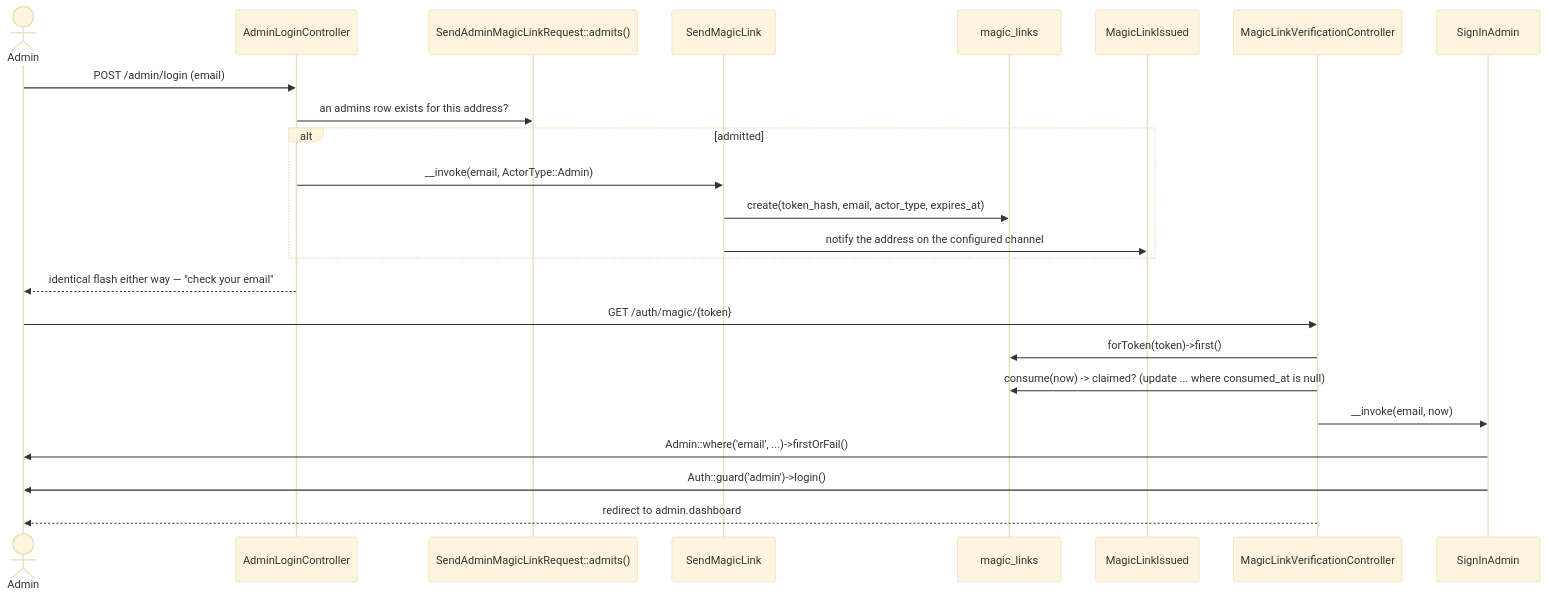
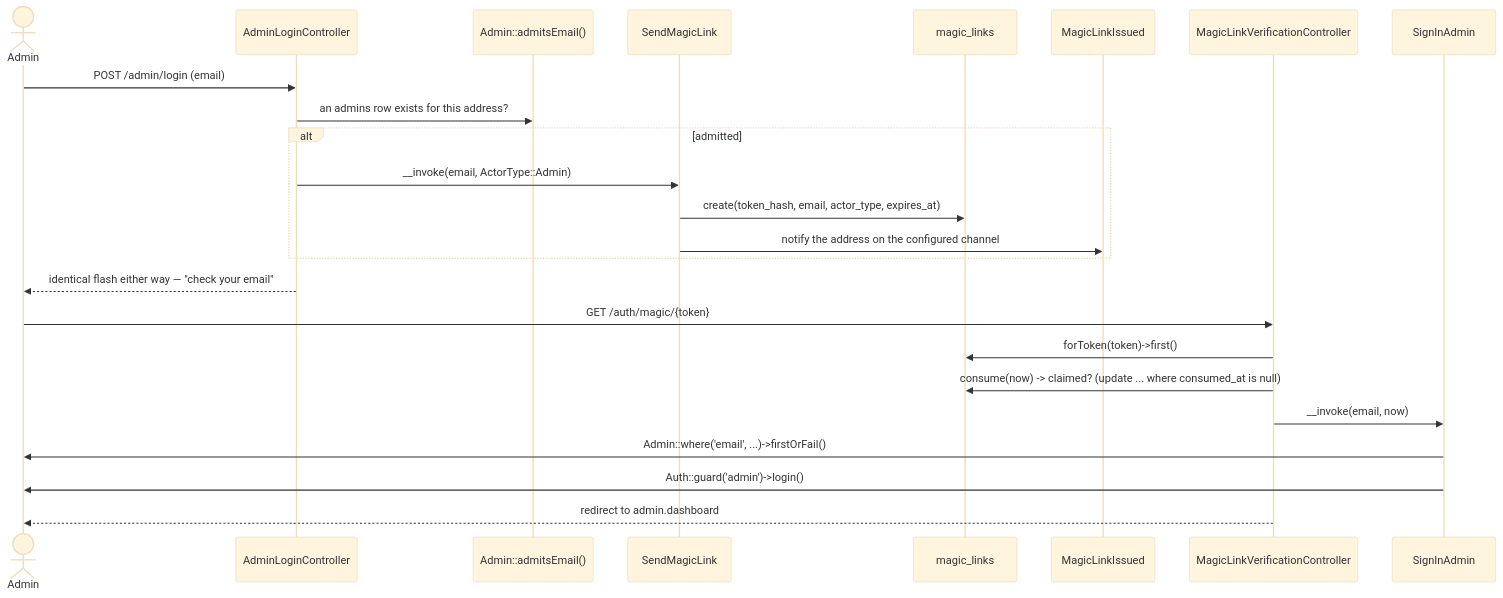
One commit to jonathan-beebe/art-store changed the second of 4 diagrams in app/docs/identity.md. Above: the diagram before and after it, drawn with Mermaid (base theme). The commit also changed other lines of this file and 7 other files, not shown here.

````diff
--- a/app/docs/identity.md
+++ b/app/docs/identity.md
@@ -60,28 +60,28 @@
 ```mermaid
 sequenceDiagram
     actor Admin
     participant Login as AdminLoginController
-    participant Admits as SendAdminMagicLinkRequest::admits()
+    participant Admits as Admin::admitsEmail()
     participant Send as SendMagicLink
     participant MagicLinks as magic_links
     participant Issued as MagicLinkIssued
     participant Verify as MagicLinkVerificationController
     participant SignIn as SignInAdmin
 
     Admin->>Login: POST /admin/login (email)
     Login->>Admits: an admins row exists for this address?
     alt admitted
         Login->>Send: __invoke(email, ActorType::Admin)
         Send->>MagicLinks: create(token_hash, email, actor_type, expires_at)
         Send->>Issued: notify the address on the configured channel
     end
     Login-->>Admin: identical flash either way — "check your email"
 
     Admin->>Verify: GET /auth/magic/{token}
     Verify->>MagicLinks: forToken(token)->first()
     Verify->>MagicLinks: consume(now) -> claimed? (update ... where consumed_at is null)
     Verify->>SignIn: __invoke(email, now)
     SignIn->>Admin: Admin::where('email', ...)->firstOrFail()
     SignIn->>Admin: Auth::guard('admin')->login()
     Verify-->>Admin: redirect to admin.dashboard
 ```
````
